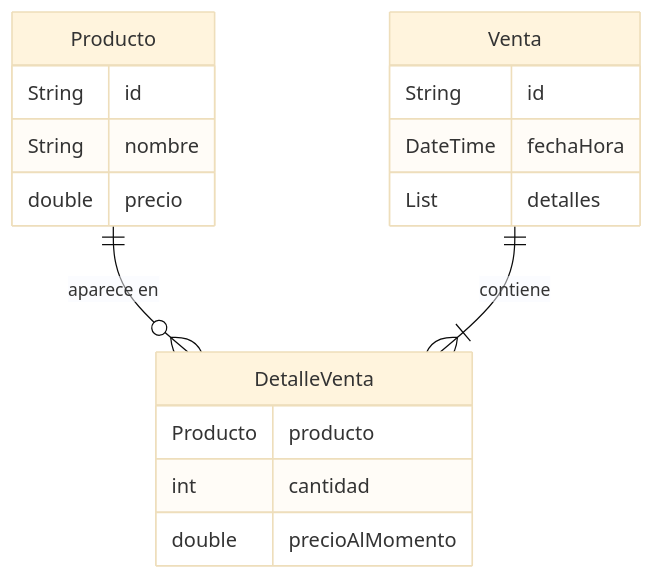
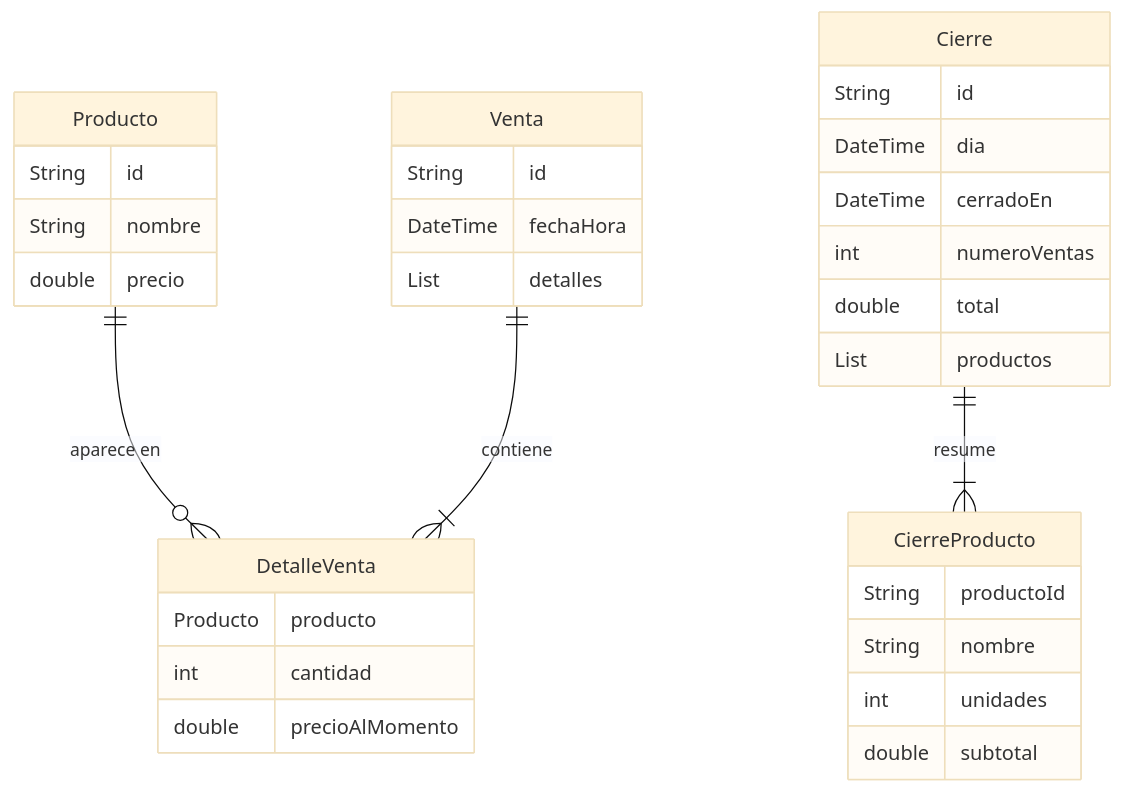
The diagram in docs/diagrama_entidad_relacion.md (MoyseSac/pdm2026d-equipo-01-cabal), drawn with Mermaid (base theme) before and after one commit. The commit also changed other lines of this file and 1 other file, not shown here.

Commit message:
docs: esquema con las tablas del cierre y la version 5 (#100)

````diff
--- a/docs/diagrama_entidad_relacion.md
+++ b/docs/diagrama_entidad_relacion.md
@@ -2,23 +2,40 @@
 ```mermaid
 erDiagram
     Producto ||--o{ DetalleVenta : "aparece en"
     Venta ||--|{ DetalleVenta : "contiene"
+    Cierre ||--|{ CierreProducto : "resume"
 
     Producto {
         String id
         String nombre
         double precio
     }
 
     Venta {
         String id
         DateTime fechaHora
         List detalles
     }
 
     DetalleVenta {
         Producto producto
         int cantidad
         double precioAlMomento
     }
+
+    Cierre {
+        String id
+        DateTime dia
+        DateTime cerradoEn
+        int numeroVentas
+        double total
+        List productos
+    }
+
+    CierreProducto {
+        String productoId
+        String nombre
+        int unidades
+        double subtotal
+    }
 ```
````
